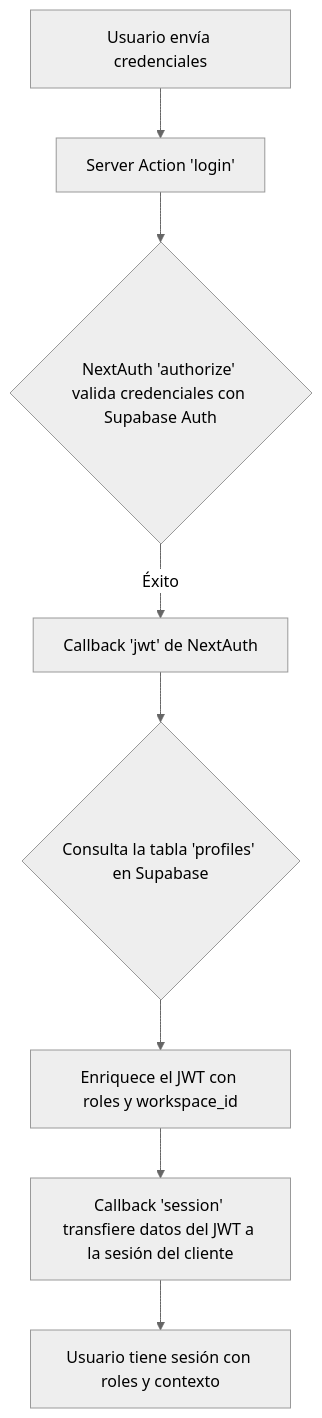
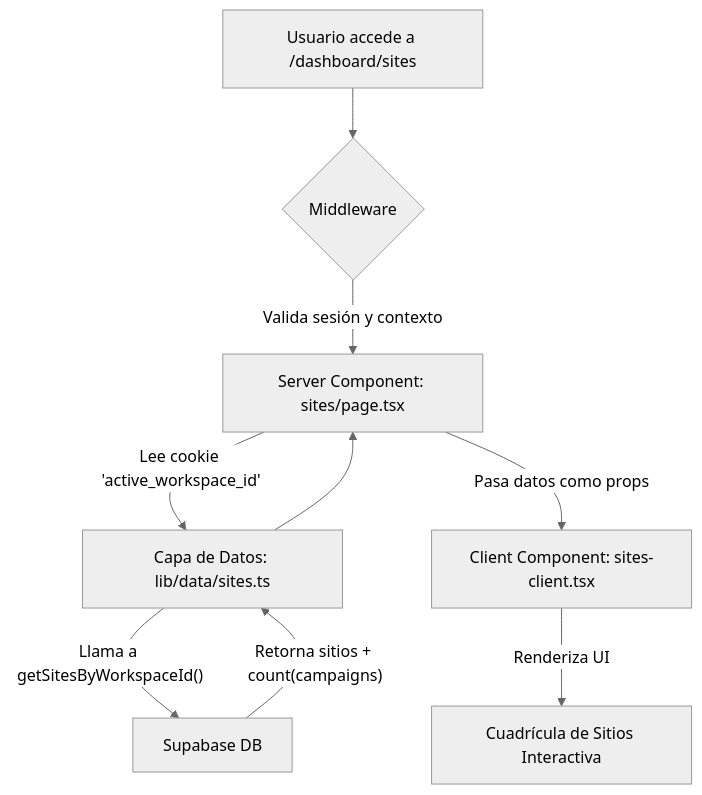
The diagram in README.md (razpodesta/marketing-afiliados), drawn with Mermaid (neutral theme) before and after one commit. The commit also changed other lines of this file and 146 other files, not shown here.

Commit message:
fix(types): Erradica errores 'never' con un contrato de datos holístico

````diff
--- a/README.md
+++ b/README.md
@@ -44,10 +45,11 @@
 ```mermaid
 graph TD
-    A[Usuario envía credenciales] --> B[Server Action 'login'];
-    B --> C{NextAuth 'authorize' valida credenciales con Supabase Auth};
-    C -->|Éxito| D[Callback 'jwt' de NextAuth];
-    D --> E{Consulta la tabla 'profiles' en Supabase};
-    E --> F[Enriquece el JWT con roles y workspace_id];
-    F --> G[Callback 'session' transfiere datos del JWT a la sesión del cliente];
-    G --> H[Usuario tiene sesión con roles y contexto];
+    A[Usuario accede a /dashboard/sites] --> B{Middleware};
+    B -- Valida sesión y contexto --> C[Server Component: sites/page.tsx];
+    C -- Lee cookie 'active_workspace_id' --> D[Capa de Datos: lib/data/sites.ts];
+    D -- Llama a getSitesByWorkspaceId() --> E[Supabase DB];
+    E -- Retorna sitios + count(campaigns) --> D;
+    D --> C;
+    C -- Pasa datos como props --> F[Client Component: sites-client.tsx];
+    F -- Renderiza UI --> G[Cuadrícula de Sitios Interactiva];
 ```
````
